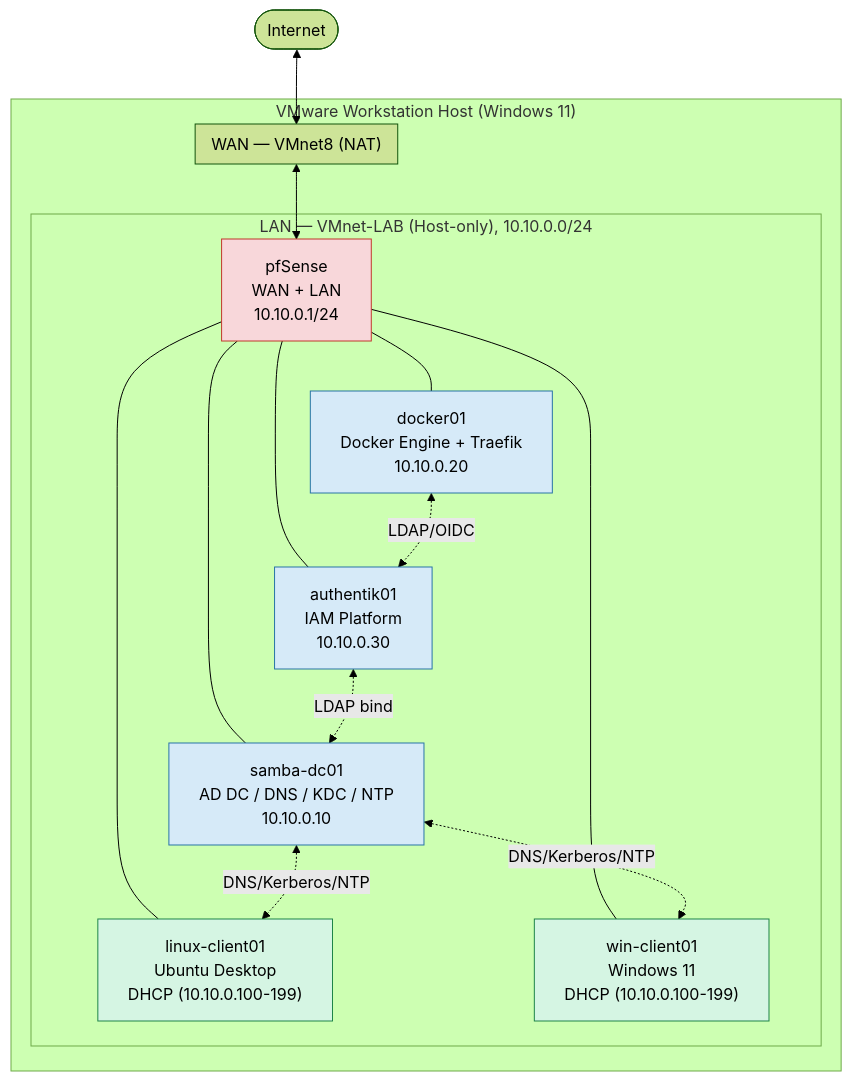
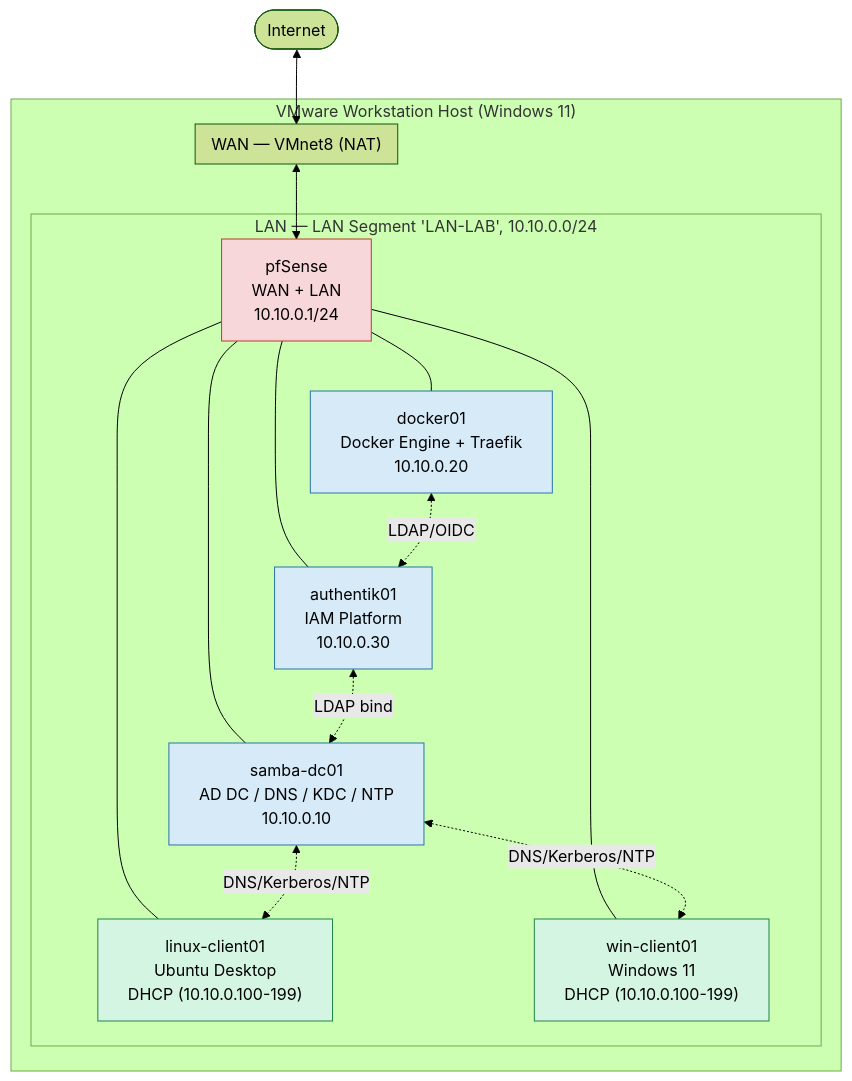
One commit to LibreOpsLab/lab-small-business changed the diagram in diagrams/network-topology.md. Above: the diagram before and after it, drawn with Mermaid (forest theme). The commit also changed other lines of this file, not shown here.

Commit message:
Relabel network-topology.md's LAN segment from VMnet-LAB (Host-only) to LAN-LAB

````diff
--- a/diagrams/network-topology.md
+++ b/diagrams/network-topology.md
@@ -8,38 +8,38 @@
 ```mermaid
 flowchart TB
     INTERNET(["Internet"])
 
     subgraph HOST["VMware Workstation Host (Windows 11)"]
         subgraph WAN_SEG["WAN — VMnet8 (NAT)"]
         end
 
-        subgraph LAN_SEG["LAN — VMnet-LAB (Host-only), 10.10.0.0/24"]
+        subgraph LAN_SEG["LAN — LAN Segment 'LAN-LAB', 10.10.0.0/24"]
             PFSENSE["pfSense\nWAN + LAN\n10.10.0.1/24"]
             DC["samba-dc01\nAD DC / DNS / KDC / NTP\n10.10.0.10"]
             DOCKER["docker01\nDocker Engine + Traefik\n10.10.0.20"]
             AUTHENTIK["authentik01\nIAM Platform\n10.10.0.30"]
             LINUXCLIENT["linux-client01\nUbuntu Desktop\nDHCP (10.10.0.100-199)"]
             WINCLIENT["win-client01\nWindows 11\nDHCP (10.10.0.100-199)"]
         end
     end
 
     INTERNET <--> WAN_SEG
     WAN_SEG <--> PFSENSE
     PFSENSE --- DC
     PFSENSE --- DOCKER
     PFSENSE --- AUTHENTIK
     PFSENSE --- LINUXCLIENT
     PFSENSE --- WINCLIENT
 
     DC <-. DNS/Kerberos/NTP .-> LINUXCLIENT
     DC <-. DNS/Kerberos/NTP .-> WINCLIENT
     DOCKER <-. LDAP/OIDC .-> AUTHENTIK
     AUTHENTIK <-. LDAP bind .-> DC
 
     classDef fw fill:#f8d7da,stroke:#c0392b,color:#000
     classDef infra fill:#d6eaf8,stroke:#2874a6,color:#000
     classDef client fill:#d5f5e3,stroke:#1e8449,color:#000
     class PFSENSE fw
     class DC,DOCKER,AUTHENTIK infra
     class LINUXCLIENT,WINCLIENT client
 ```
````
